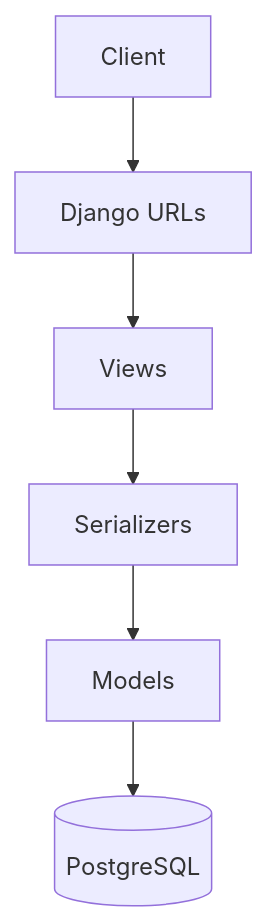
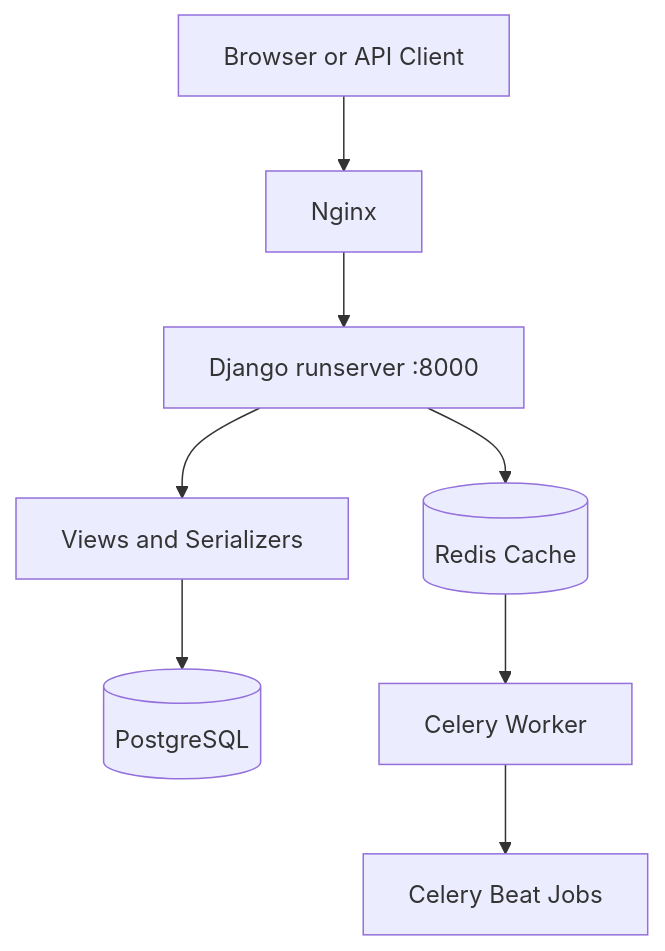
One commit to hima97u/ecommerce-api changed the first of 2 diagrams in README.md. Above: the diagram before and after it, drawn with Mermaid. The commit also changed other lines of this file, not shown here.

````diff
--- a/README.md
+++ b/README.md
@@ -96,8 +101,10 @@
 ```mermaid
 flowchart TD
-    A[Client] --> B[Django URLs]
-    B --> C[Views]
-    C --> D[Serializers]
-    D --> E[Models]
-    E --> F[(PostgreSQL)]
+  A[Browser or API Client] --> B[Nginx]
+  B --> C[Django runserver :8000]
+  C --> D[Views and Serializers]
+  D --> E[(PostgreSQL)]
+  C --> F[(Redis Cache)]
+  F --> G[Celery Worker]
+  G --> H[Celery Beat Jobs]
 ```
````
